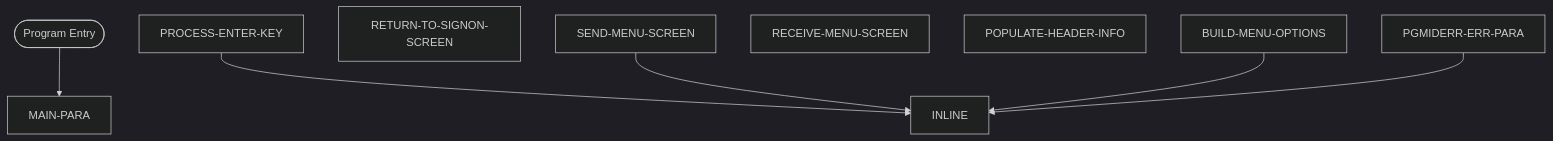
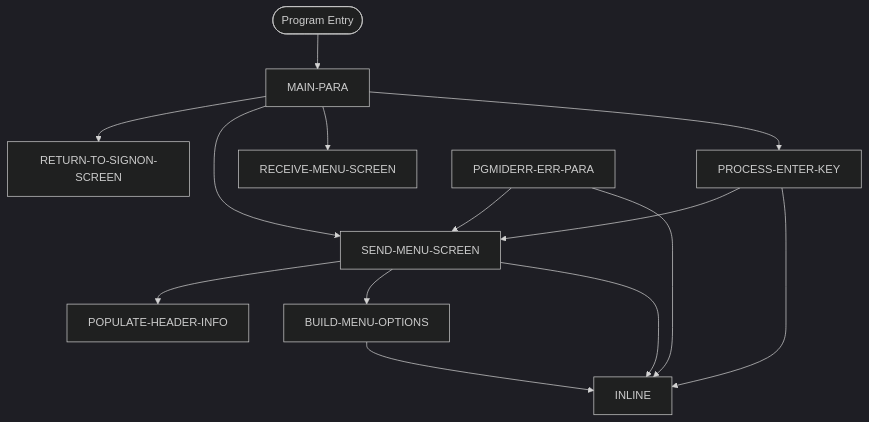
Before and after one commit to Arun973150/new_doc: the second of 2 diagrams in Unisys_doc-main/doc_demo/docs/programs/COADM01C.md, drawn with Mermaid (dark theme). The commit also changed other lines of this file and 716 other files, not shown here.

````diff
--- a/Unisys_doc-main/doc_demo/docs/programs/COADM01C.md
+++ b/Unisys_doc-main/doc_demo/docs/programs/COADM01C.md
@@ -361,17 +361,25 @@
 ```mermaid
 flowchart TD
     START([Program Entry])
     MAIN_PARA["MAIN-PARA"]
     PROCESS_ENTER_KEY["PROCESS-ENTER-KEY"]
     RETURN_TO_SIGNON_SCREEN["RETURN-TO-SIGNON-SCREEN"]
     SEND_MENU_SCREEN["SEND-MENU-SCREEN"]
     RECEIVE_MENU_SCREEN["RECEIVE-MENU-SCREEN"]
     POPULATE_HEADER_INFO["POPULATE-HEADER-INFO"]
     BUILD_MENU_OPTIONS["BUILD-MENU-OPTIONS"]
     PGMIDERR_ERR_PARA["PGMIDERR-ERR-PARA"]
     START --> MAIN_PARA
+    MAIN_PARA --> RETURN_TO_SIGNON_SCREEN
+    MAIN_PARA --> SEND_MENU_SCREEN
+    MAIN_PARA --> RECEIVE_MENU_SCREEN
+    MAIN_PARA --> PROCESS_ENTER_KEY
+    PROCESS_ENTER_KEY --> SEND_MENU_SCREEN
+    SEND_MENU_SCREEN --> POPULATE_HEADER_INFO
+    SEND_MENU_SCREEN --> BUILD_MENU_OPTIONS
+    PGMIDERR_ERR_PARA --> SEND_MENU_SCREEN
     PROCESS_ENTER_KEY --> INLINE
     SEND_MENU_SCREEN --> INLINE
     BUILD_MENU_OPTIONS --> INLINE
     PGMIDERR_ERR_PARA --> INLINE
 ```
````
